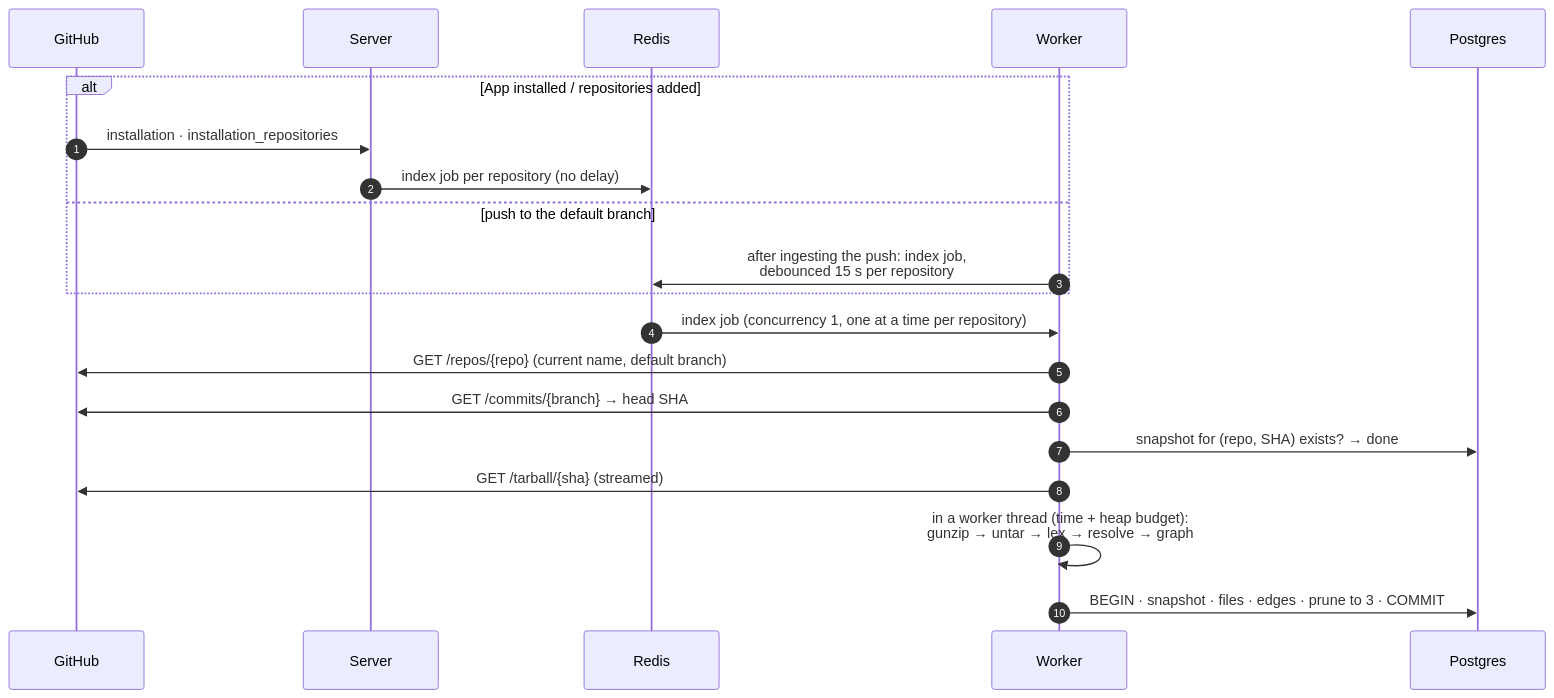
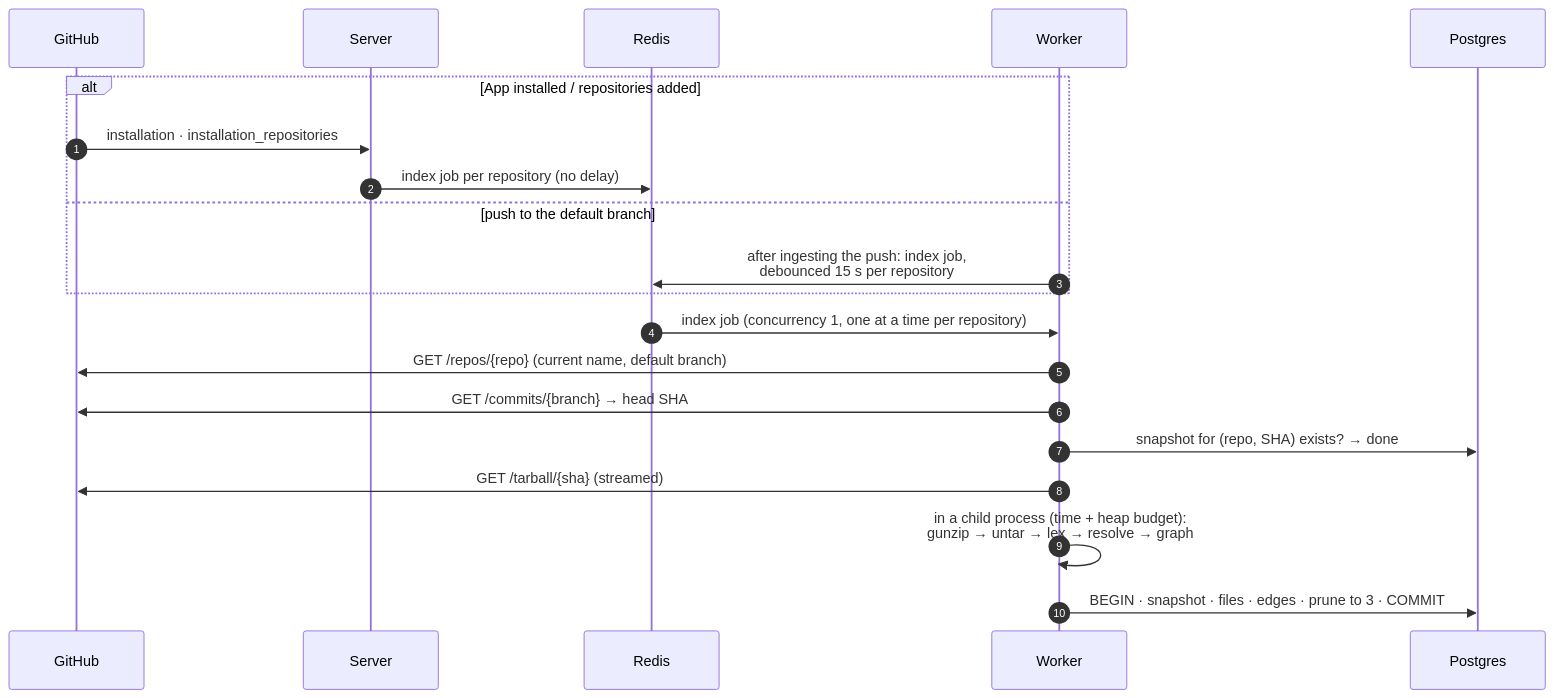
Before and after one commit to Tunaycel/waymark: the fourth of 6 diagrams in docs/ARCHITECTURE.md, drawn with Mermaid. The commit also changed other lines of this file and 4 other files, not shown here.

````diff
--- a/docs/ARCHITECTURE.md
+++ b/docs/ARCHITECTURE.md
@@ -146,23 +146,23 @@
 ```mermaid
 sequenceDiagram
   autonumber
   participant GH as GitHub
   participant S as Server
   participant R as Redis
   participant W as Worker
   participant P as Postgres
 
   alt App installed / repositories added
     GH->>S: installation · installation_repositories
     S->>R: index job per repository (no delay)
   else push to the default branch
     W->>R: after ingesting the push: index job,<br/>debounced 15 s per repository
   end
   R->>W: index job (concurrency 1, one at a time per repository)
   W->>GH: GET /repos/{repo} (current name, default branch)
   W->>GH: GET /commits/{branch} → head SHA
   W->>P: snapshot for (repo, SHA) exists? → done
   W->>GH: GET /tarball/{sha} (streamed)
-  W->>W: in a worker thread (time + heap budget):<br/>gunzip → untar → lex → resolve → graph
+  W->>W: in a child process (time + heap budget):<br/>gunzip → untar → lex → resolve → graph
   W->>P: BEGIN · snapshot · files · edges · prune to 3 · COMMIT
 ```
````
